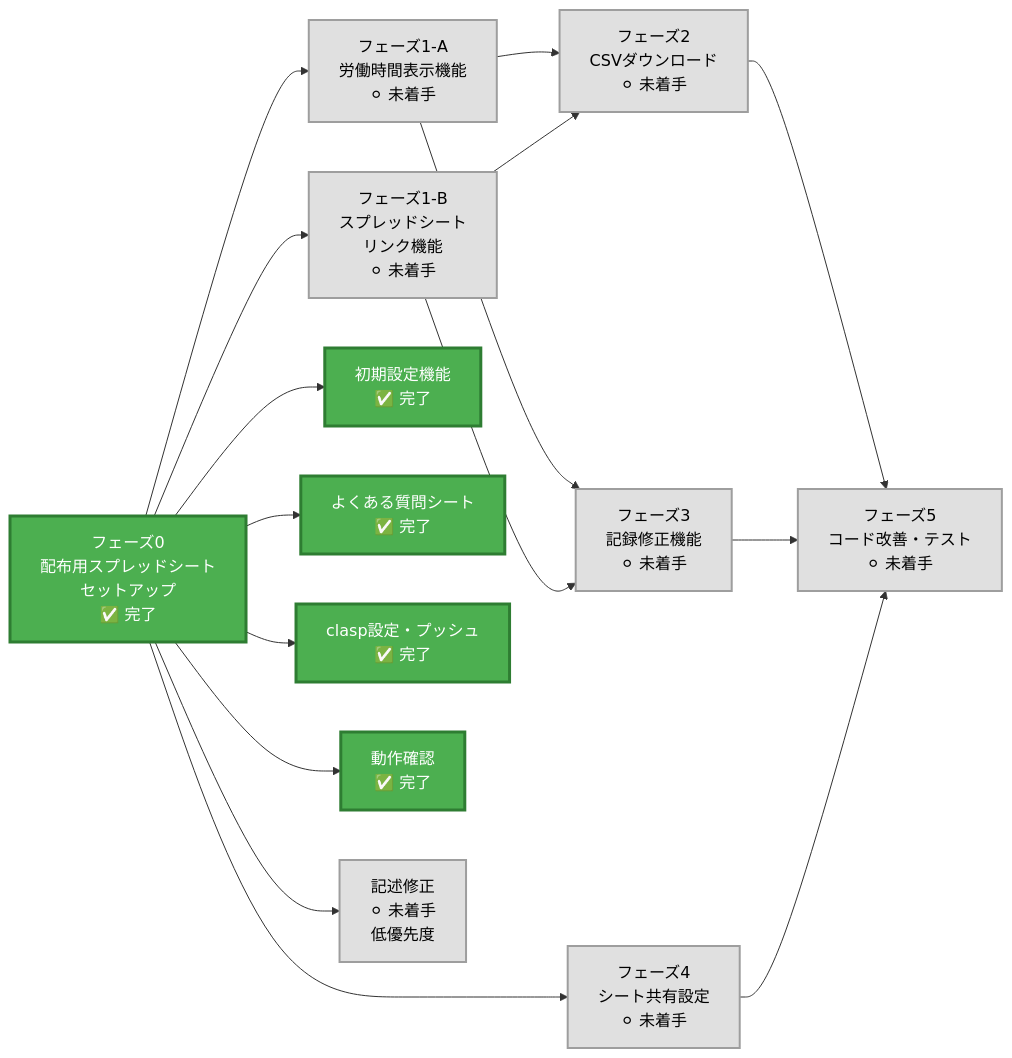
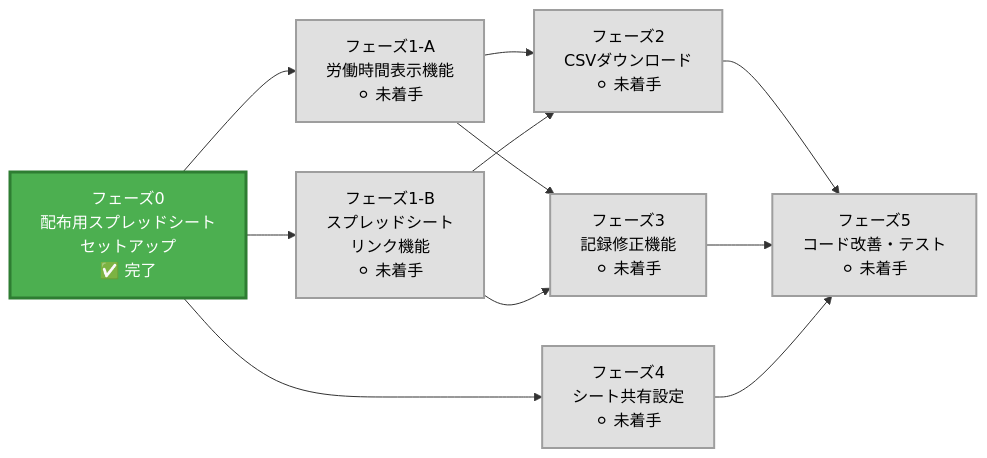
Before and after one commit to KazukiUrano/-: the first of 2 diagrams in TODO.md, drawn with Mermaid.

Commit message:
docs: マーメイドチャートから詳細分岐を削除、フェーズ0を完了状態に更新

````diff
--- a/TODO.md
+++ b/TODO.md
@@ -8,54 +8,38 @@
 ```mermaid
 graph LR
     %% 第1層: フェーズ0
     P0[フェーズ0<br/>配布用スプレッドシート<br/>セットアップ<br/>✅ 完了]
     
     %% 第2層: フェーズ1（AとBは並列実行可能）
     P1A[フェーズ1-A<br/>労働時間表示機能<br/>⚪ 未着手]
     P1B[フェーズ1-B<br/>スプレッドシート<br/>リンク機能<br/>⚪ 未着手]
     P4[フェーズ4<br/>シート共有設定<br/>⚪ 未着手]
     
     %% 第3層: フェーズ2, 3（フェーズ1完了後）
     P2[フェーズ2<br/>CSVダウンロード<br/>⚪ 未着手]
     P3[フェーズ3<br/>記録修正機能<br/>⚪ 未着手]
     
     %% 第4層: フェーズ5（最終）
     P5[フェーズ5<br/>コード改善・テスト<br/>⚪ 未着手]
     
     %% 依存関係（左から右へ）
     P0 --> P1A
     P0 --> P1B
     P0 --> P4
     
     P1A --> P2
     P1A --> P3
     P1B --> P2
     P1B --> P3
     
     P2 --> P5
     P3 --> P5
     P4 --> P5
     
     %% スタイル設定
     classDef completed fill:#4CAF50,stroke:#2E7D32,stroke-width:3px,color:#fff
     classDef notStarted fill:#E0E0E0,stroke:#9E9E9E,stroke-width:2px,color:#000
     
     class P0 completed
     class P1A,P1B,P2,P3,P4,P5 notStarted
-    
-    %% フェーズ0の詳細
-    P0_1[初期設定機能<br/>✅ 完了]
-    P0_2[よくある質問シート<br/>✅ 完了]
-    P0_3[clasp設定・プッシュ<br/>✅ 完了]
-    P0_4[動作確認<br/>✅ 完了]
-    P0_5[記述修正<br/>⚪ 未着手<br/>低優先度]
-    
-    P0 --> P0_1
-    P0 --> P0_2
-    P0 --> P0_3
-    P0 --> P0_4
-    P0 --> P0_5
-    
-    class P0_1,P0_2,P0_3,P0_4 completed
-    class P0_5 notStarted
 ```
````
